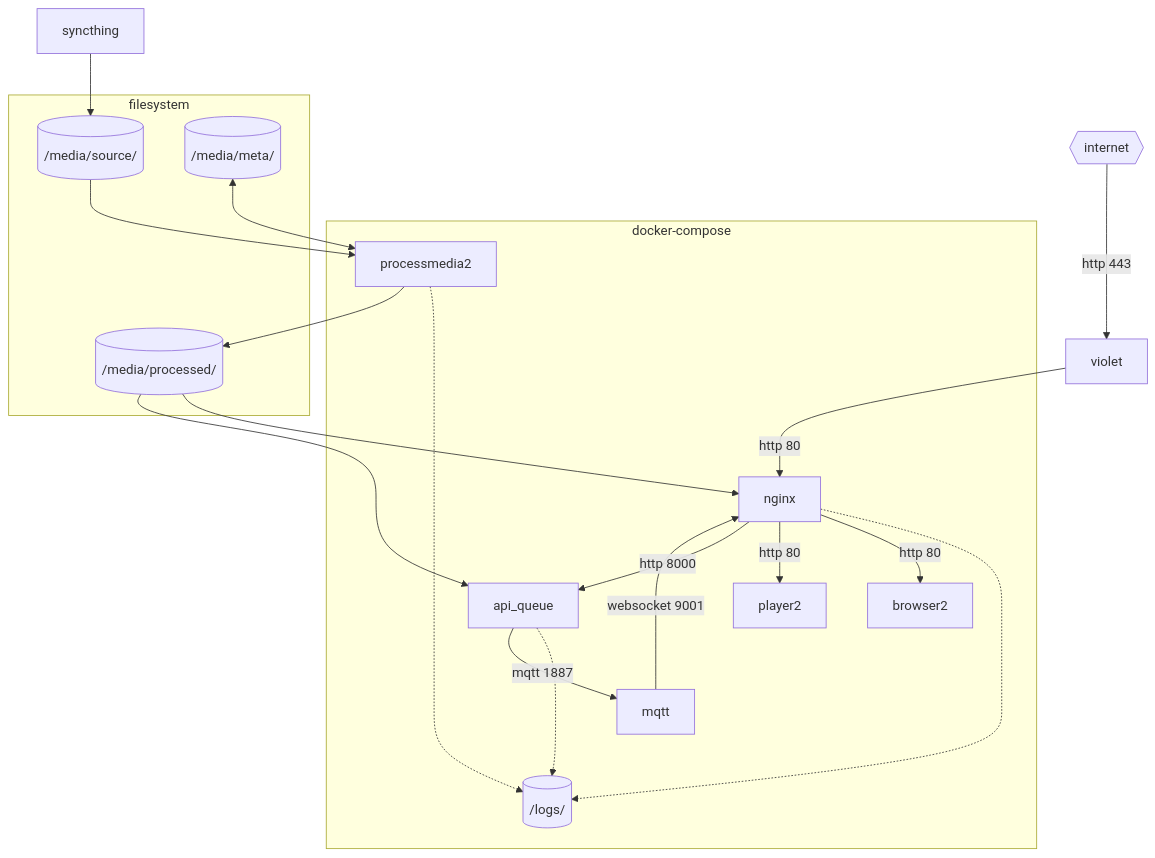
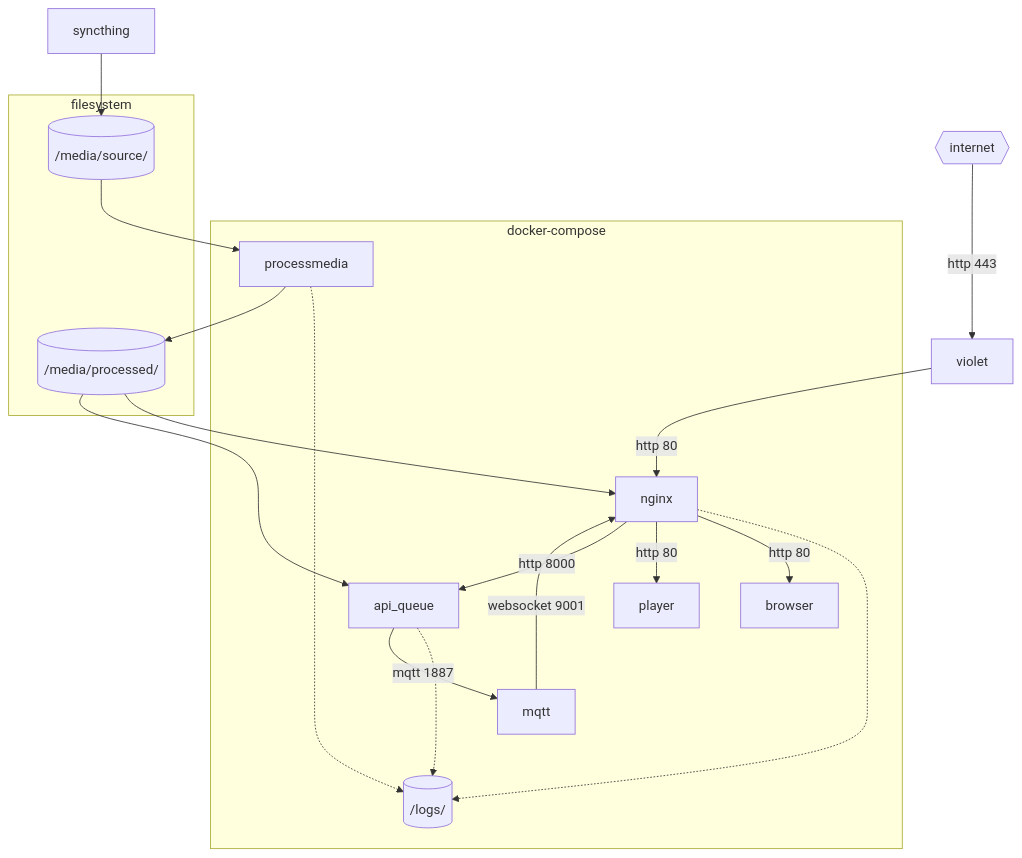
The diagram in README.md (calaldees/KaraKara), drawn with Mermaid before and after one commit. The commit also changed other lines of this file, not shown here.

Commit message:
[docs] avoid mentioning specific codecs which change over time, eg 'the player uses a high-bitrate video' instead of 'the player uses an mp4 video'

````diff
--- a/README.md
+++ b/README.md
@@ -83,38 +84,36 @@
 ```mermaid
 graph TD
     internet{{internet}}
     internet -- http 443 ---> violet --http 80--> nginx
     
     subgraph docker-compose [docker-compose]
         nginx
         mqtt
-        processmedia2
-        browser2
-        player2
+        processmedia
+        browser
+        player
         api_queue
 
         logs[(/logs/)]
         nginx ..-> logs
-        processmedia2 ..-> logs
+        processmedia ..-> logs
         api_queue ..-> logs
 
-        nginx -- http 80 --> browser2
-        nginx -- http 80 --> player2
+        nginx -- http 80 --> browser
+        nginx -- http 80 --> player
         nginx -- http 8000 --> api_queue
         api_queue --mqtt 1887--> mqtt
         mqtt -- websocket 9001 --> nginx
     end
 
     syncthing --> /media/source/
 
     subgraph filesystem
         /media/source/[(/media/source/)]
-        /media/meta/[(/media/meta/)]
         /media/processed/[(/media/processed/)]
     end
 
-    /media/processed/--> nginx
+    /media/processed/ --> nginx
     /media/processed/ --> api_queue
-    /media/source/ --> processmedia2 --> /media/processed/
-    /media/meta/ <--> processmedia2
+    /media/source/ --> processmedia --> /media/processed/
 ```
````
